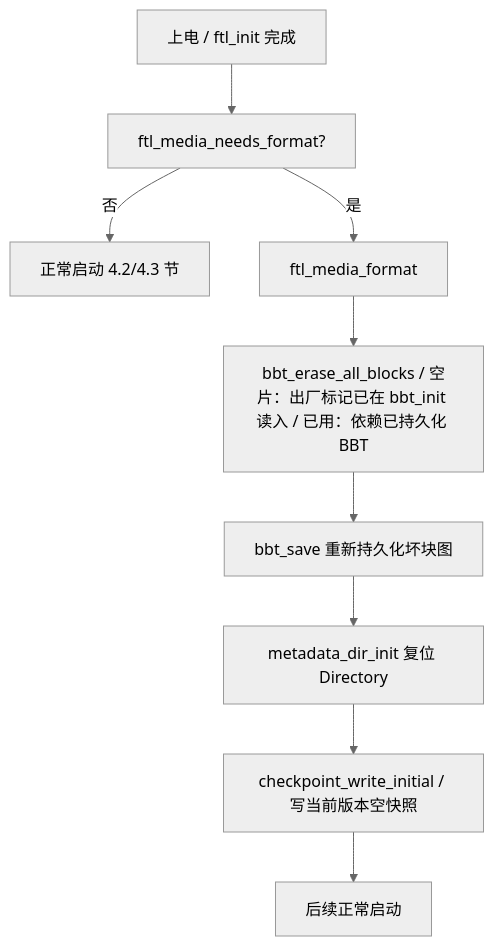
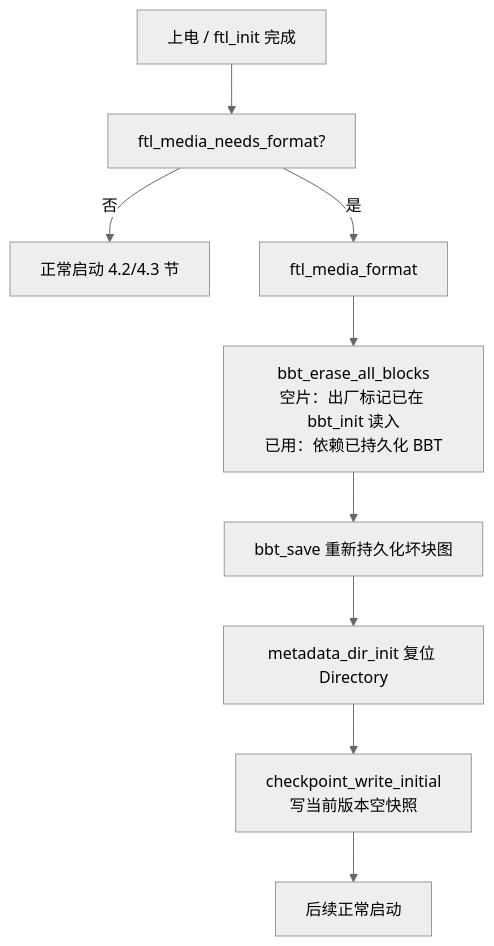
Before and after one commit to YzYMIAO/BASESSD: diagram 19 of 28 in docs/design/ftl_design.md, drawn with Mermaid (neutral theme). The commit also changed other lines of this file, not shown here.

First line of the commit message:
docs(ftl): 恢复 <br/>、清理 stateDiagram 标签

````diff
--- a/docs/design/ftl_design.md
+++ b/docs/design/ftl_design.md
@@ -2791,11 +2791,11 @@
 ```mermaid
 flowchart TD
     A["上电 / ftl_init 完成"] --> B["ftl_media_needs_format?"]
     B -- "否" --> C["正常启动 4.2/4.3 节"]
     B -- "是" --> D["ftl_media_format"]
-    D --> D1["bbt_erase_all_blocks / 空片：出厂标记已在 bbt_init 读入 / 已用：依赖已持久化 BBT"]
+    D --> D1["bbt_erase_all_blocks<br/>空片：出厂标记已在 bbt_init 读入<br/>已用：依赖已持久化 BBT"]
     D1 --> D2["bbt_save 重新持久化坏块图"]
     D2 --> D3["metadata_dir_init 复位 Directory"]
-    D3 --> D4["checkpoint_write_initial / 写当前版本空快照"]
+    D3 --> D4["checkpoint_write_initial<br/>写当前版本空快照"]
     D4 --> E["后续正常启动"]
 ```
````
